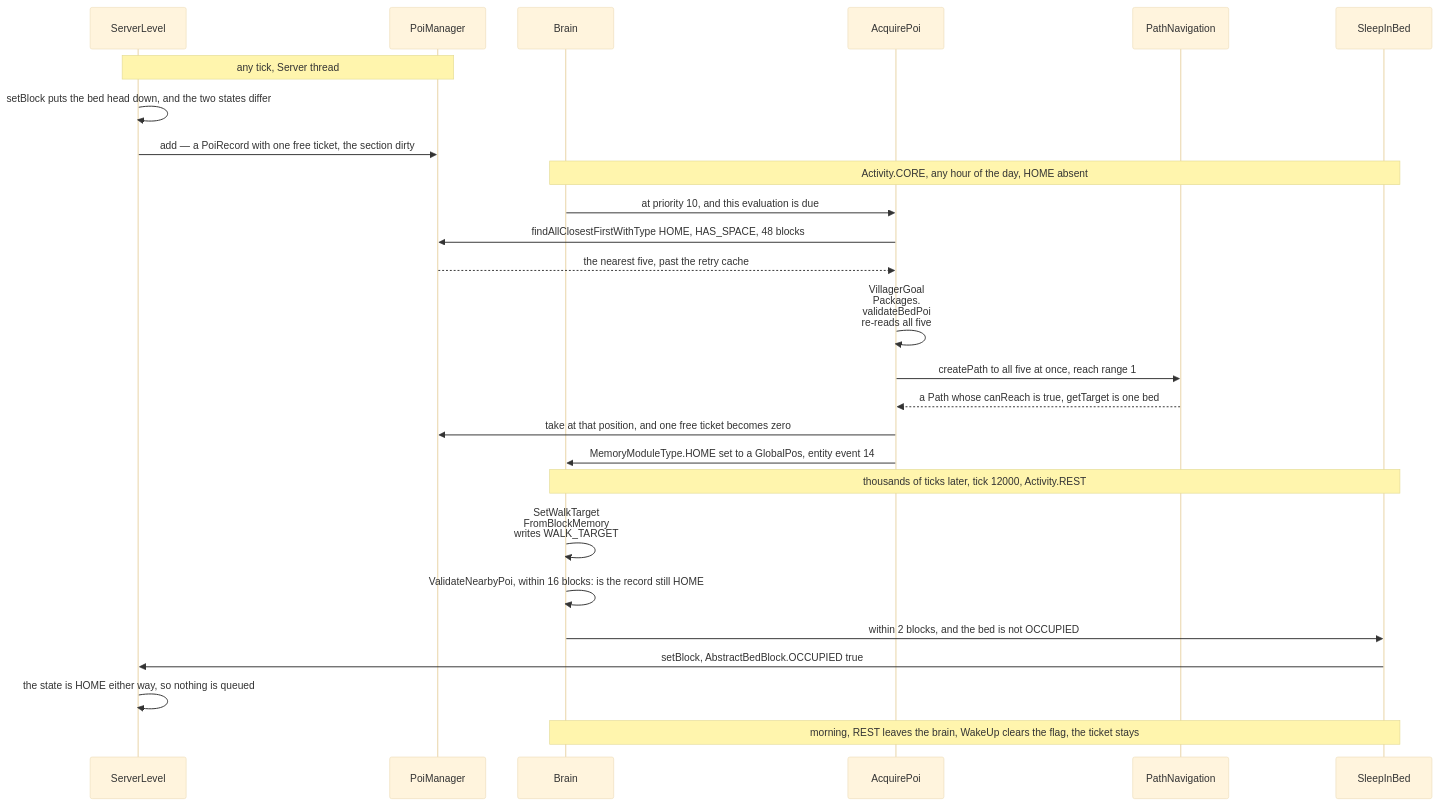
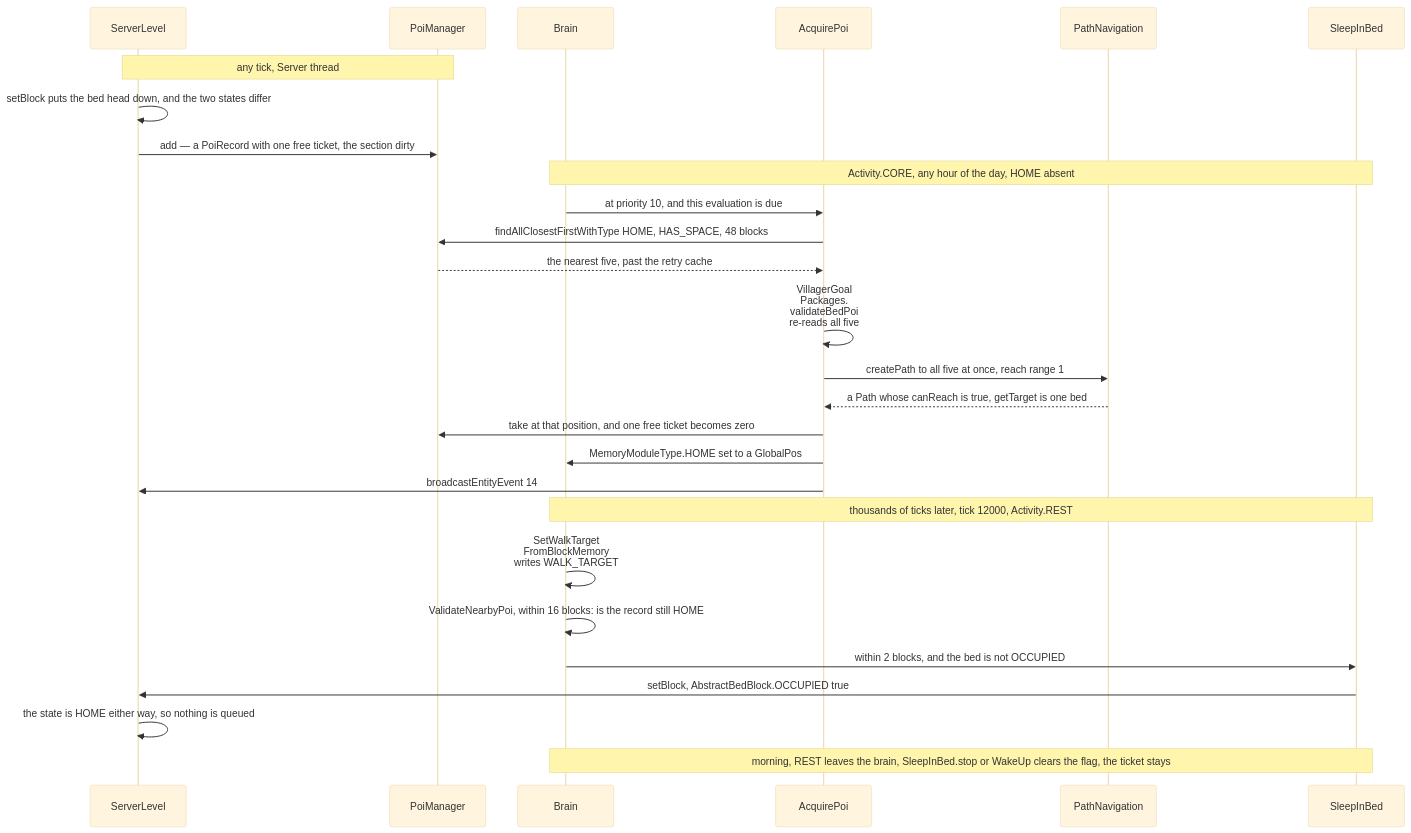
One commit to AlexanderjFraser/MinecraftDocs changed the second of 2 diagrams in src/systems/world/points-of-interest.md. Above: the diagram before and after it, drawn with Mermaid (base theme). The commit also changed other lines of this file and 20 other files, not shown here.

````diff
--- a/src/systems/world/points-of-interest.md
+++ b/src/systems/world/points-of-interest.md
@@ -185,29 +198,30 @@
 ```mermaid
 sequenceDiagram
     participant SL as ServerLevel
     participant PM as PoiManager
     participant Brain as Brain
     participant AP as AcquirePoi
     participant PN as PathNavigation
     participant SIB as SleepInBed
 
     Note over SL,PM: any tick, Server thread
     SL->>SL: setBlock puts the bed head down, and the two states differ
     SL->>PM: add — a PoiRecord with one free ticket, the section dirty
     Note over Brain,SIB: Activity.CORE, any hour of the day, HOME absent
     Brain->>AP: at priority 10, and this evaluation is due
     AP->>PM: findAllClosestFirstWithType HOME, HAS_SPACE, 48 blocks
     PM-->>AP: the nearest five, past the retry cache
     AP->>AP: VillagerGoal<br/>Packages.<br/>validateBedPoi<br/>re-reads all five
     AP->>PN: createPath to all five at once, reach range 1
     PN-->>AP: a Path whose canReach is true, getTarget is one bed
     AP->>PM: take at that position, and one free ticket becomes zero
-    AP->>Brain: MemoryModuleType.HOME set to a GlobalPos, entity event 14
+    AP->>Brain: MemoryModuleType.HOME set to a GlobalPos
+    AP->>SL: broadcastEntityEvent 14
     Note over Brain,SIB: thousands of ticks later, tick 12000, Activity.REST
     Brain->>Brain: SetWalkTarget<br/>FromBlockMemory<br/>writes WALK_TARGET
     Brain->>Brain: ValidateNearbyPoi, within 16 blocks: is the record still HOME
     Brain->>SIB: within 2 blocks, and the bed is not OCCUPIED
     SIB->>SL: setBlock, AbstractBedBlock.OCCUPIED true
     SL->>SL: the state is HOME either way, so nothing is queued
-    Note over Brain,SIB: morning, REST leaves the brain, WakeUp clears the flag, the ticket stays
+    Note over Brain,SIB: morning, REST leaves the brain, SleepInBed.stop or WakeUp clears the flag, the ticket stays
 ```
````
